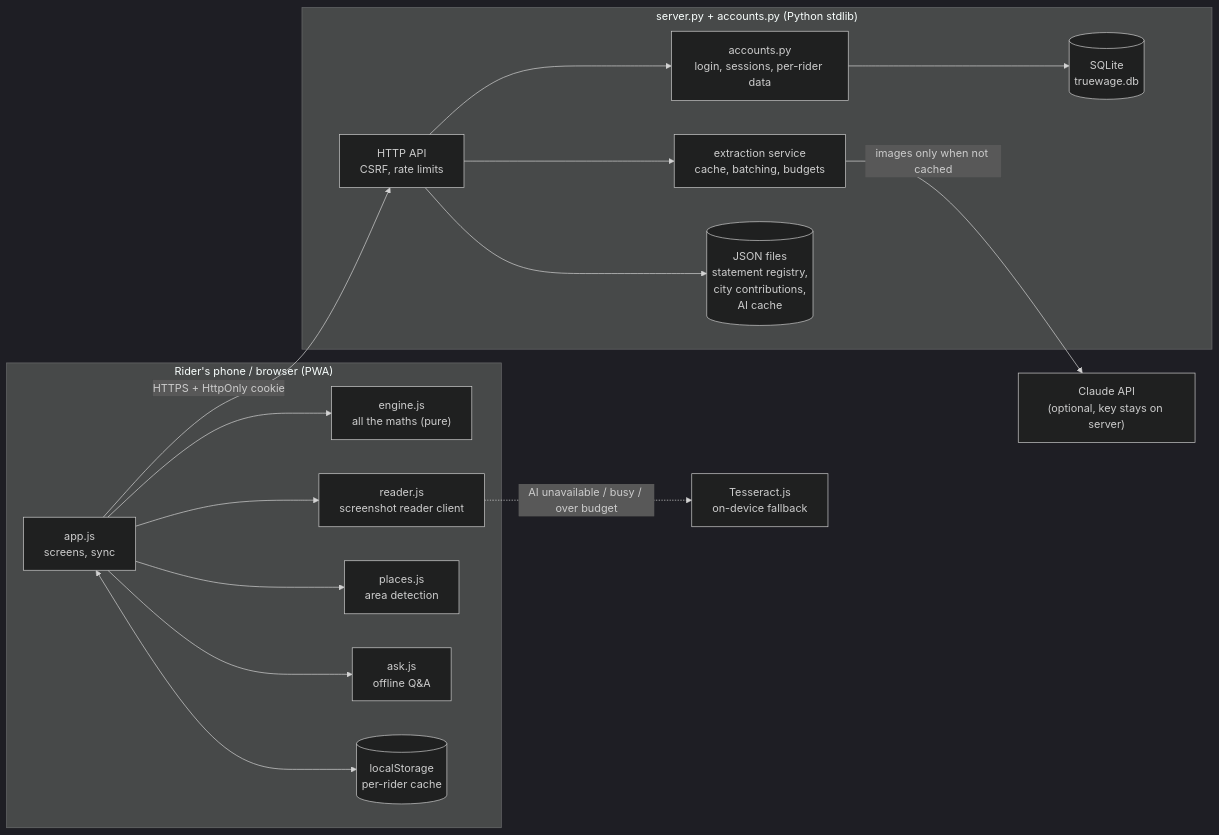
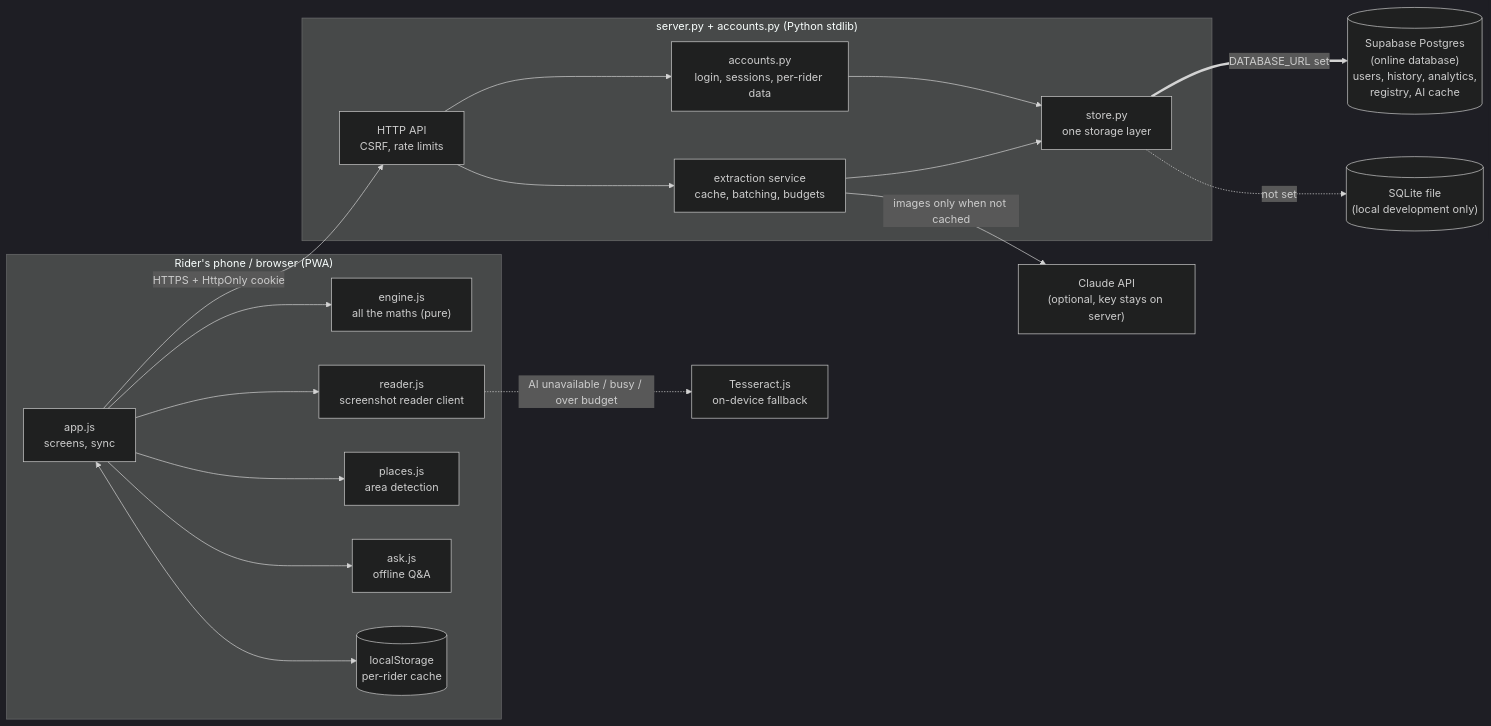
The first of 5 diagrams in README.md (Pegasus717/TrueWage), drawn with Mermaid (dark theme) before and after one commit. The commit also changed other lines of this file and 15 other files, not shown here.

Commit message:
Online database: storage layer for Supabase Postgres (SQLite fallback), registry/analytics/AI cache moved into the database, schema with RLS, db_check and migration tools, docs

````diff
--- a/README.md
+++ b/README.md
@@ -54,34 +54,37 @@
 ```mermaid
 flowchart LR
     subgraph Browser["Rider's phone / browser (PWA)"]
         UI["app.js<br/>screens, sync"]
         ENG["engine.js<br/>all the maths (pure)"]
         RDR["reader.js<br/>screenshot reader client"]
         PLC["places.js<br/>area detection"]
         ASKJS["ask.js<br/>offline Q&A"]
         LS[("localStorage<br/>per-rider cache")]
         UI --> ENG
         UI --> RDR
         UI --> PLC
         UI --> ASKJS
         UI <--> LS
     end
 
     subgraph Server["server.py + accounts.py (Python stdlib)"]
         API["HTTP API<br/>CSRF, rate limits"]
         AUTH["accounts.py<br/>login, sessions, per-rider data"]
         EXT["extraction service<br/>cache, batching, budgets"]
-        DB[("SQLite<br/>truewage.db")]
-        FILES[("JSON files<br/>statement registry,<br/>city contributions,<br/>AI cache")]
-        API --> AUTH --> DB
-        API --> EXT
-        API --> FILES
+        STORE["store.py<br/>one storage layer"]
+        API --> AUTH --> STORE
+        API --> EXT --> STORE
     end
+
+    DB[("Supabase Postgres<br/>(online database)<br/>users, history, analytics,<br/>registry, AI cache")]
+    LOCAL[("SQLite file<br/>(local development only)")]
+    STORE == "DATABASE_URL set" ==> DB
+    STORE -. "not set" .-> LOCAL
 
     CLAUDE["Claude API<br/>(optional, key stays on server)"]
     OCR["Tesseract.js<br/>on-device fallback"]
 
     UI -- "HTTPS + HttpOnly cookie" --> API
     EXT -- "images only when not cached" --> CLAUDE
     RDR -. "AI unavailable / busy / over budget" .-> OCR
 ```
````
